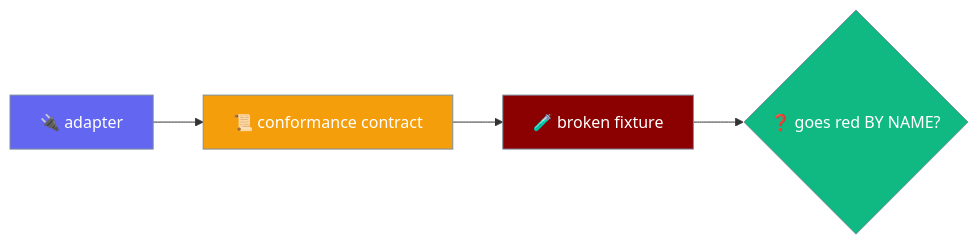
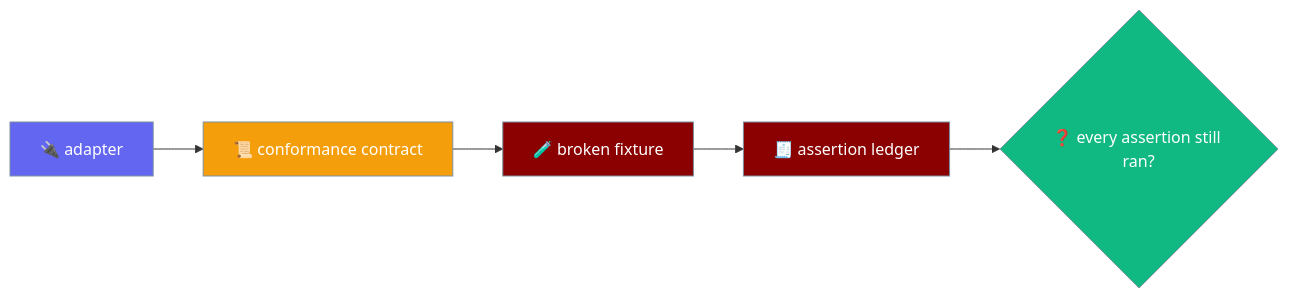
One commit to MervinPraison/PraisonAIDocs changed the first of 2 diagrams in docs/features/mobile/adapter-conformance.mdx. Above: the diagram before and after it, drawn with Mermaid. The commit also changed other lines of this file, not shown here.

First line of the commit message:
docs(mobile): document the assertion-count ledger in adapter conformance (fixes #3609)

````diff
--- a/docs/features/mobile/adapter-conformance.mdx
+++ b/docs/features/mobile/adapter-conformance.mdx
@@ -10,16 +10,17 @@
 ```mermaid
 graph LR
     Adapter[🔌 adapter] --> Contract[📜 conformance contract]
     Contract --> Fixture[🧪 broken fixture]
-    Fixture --> Named{❓ goes red BY NAME?}
+    Fixture --> Ledger[🧾 assertion ledger]
+    Ledger --> Named{❓ every assertion still ran?}
 
     classDef adapter fill:#6366F1,stroke:#7C90A0,color:#fff
     classDef contract fill:#F59E0B,stroke:#7C90A0,color:#fff
     classDef pass fill:#10B981,stroke:#7C90A0,color:#fff
     classDef defect fill:#8B0000,stroke:#7C90A0,color:#fff
 
     class Adapter adapter
     class Contract contract
     class Named pass
-    class Fixture defect
+    class Fixture,Ledger defect
 ```
````
